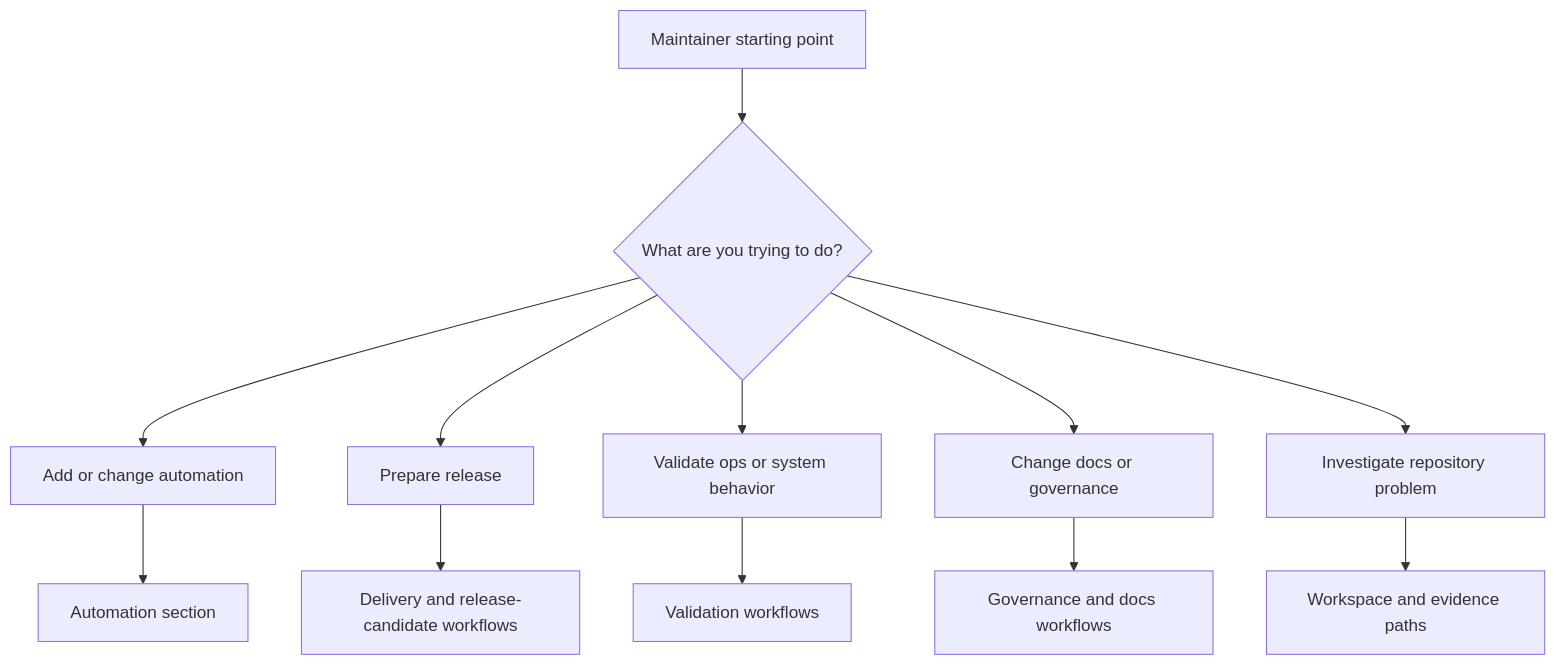
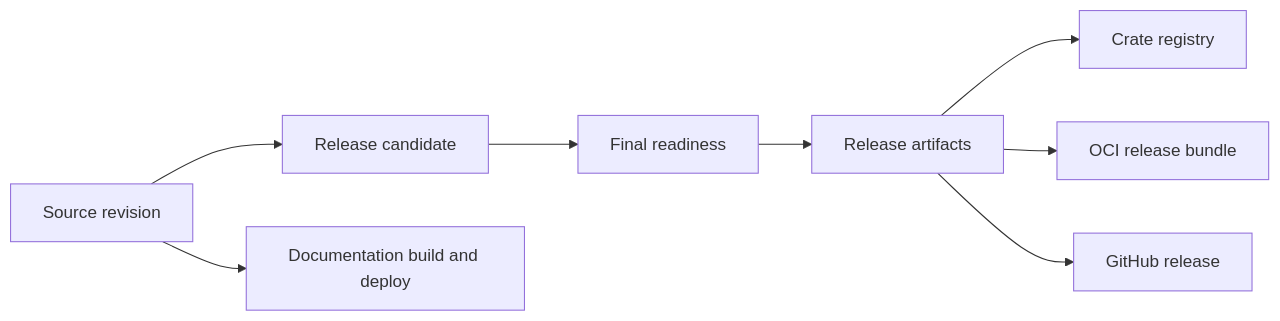
Before and after one commit to bijux/bijux-atlas: the second of 2 diagrams in docs/bijux-atlas-dev/workflow-ownership/workflow-entrypoints.md, drawn with Mermaid. The commit also changed other lines of this file and 2 other files, not shown here.

Commit message:
docs(workflows): map triggers evidence and review authority

````diff
--- a/docs/bijux-atlas-dev/workflow-ownership/workflow-entrypoints.md
+++ b/docs/bijux-atlas-dev/workflow-ownership/workflow-entrypoints.md
@@ -19,15 +57,10 @@
 ```mermaid
-flowchart TD
-    Start[Maintainer starting point] --> Question{What are you trying to do?}
-    Question --> Automation[Add or change automation]
-    Question --> Release[Prepare release]
-    Question --> Validate[Validate ops or system behavior]
-    Question --> Docs[Change docs or governance]
-    Question --> Investigate[Investigate repository problem]
-
-    Automation --> AutomationPages[Automation section]
-    Release --> ReleaseFlows[Delivery and release-candidate workflows]
-    Validate --> ValidationFlows[Validation workflows]
-    Docs --> DocsFlows[Governance and docs workflows]
-    Investigate --> WorkspacePaths[Workspace and evidence paths]
+flowchart LR
+    Revision[Source revision] --> Candidate[Release candidate]
+    Candidate --> Ready[Final readiness]
+    Ready --> Artifacts[Release artifacts]
+    Artifacts --> Crates[Crate registry]
+    Artifacts --> OCI[OCI release bundle]
+    Artifacts --> GitHub[GitHub release]
+    Revision --> Docs[Documentation build and deploy]
 ```
````
